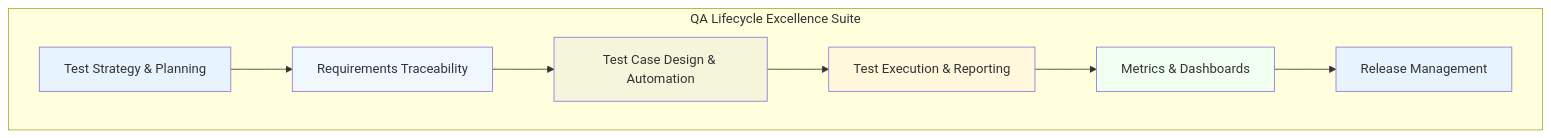
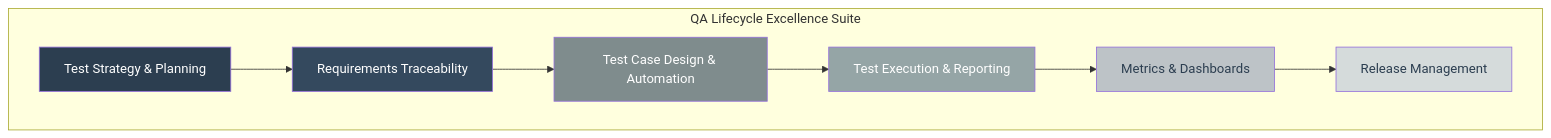
Before and after one commit to Tasmimdristy7/qa-lifecycle-suite: the first of 10 diagrams in visuals/qa-skills-showcase.md, drawn with Mermaid. The commit also changed 3 other files, not shown here.

````diff
--- a/visuals/qa-skills-showcase.md
+++ b/visuals/qa-skills-showcase.md
@@ -5,24 +5,24 @@
 ```mermaid
 graph TB
     subgraph "QA Lifecycle Excellence Suite"
         A[Test Strategy & Planning]
         B[Requirements Traceability]
         C[Test Case Design & Automation]
         D[Test Execution & Reporting]
         E[Metrics & Dashboards]
         F[Release Management]
     end
     
     A --> B
     B --> C
     C --> D
     D --> E
     E --> F
     
-    style A fill:#e8f4fd
-    style B fill:#f0f8ff
-    style C fill:#f5f5dc
-    style D fill:#fff8dc
-    style E fill:#f0fff0
-    style F fill:#e8f4fd
+    style A fill:#2c3e50,color:#ffffff
+    style B fill:#34495e,color:#ffffff
+    style C fill:#7f8c8d,color:#ffffff
+    style D fill:#95a5a6,color:#ffffff
+    style E fill:#bdc3c7,color:#2c3e50
+    style F fill:#d5dbdb,color:#2c3e50
 ```
````
